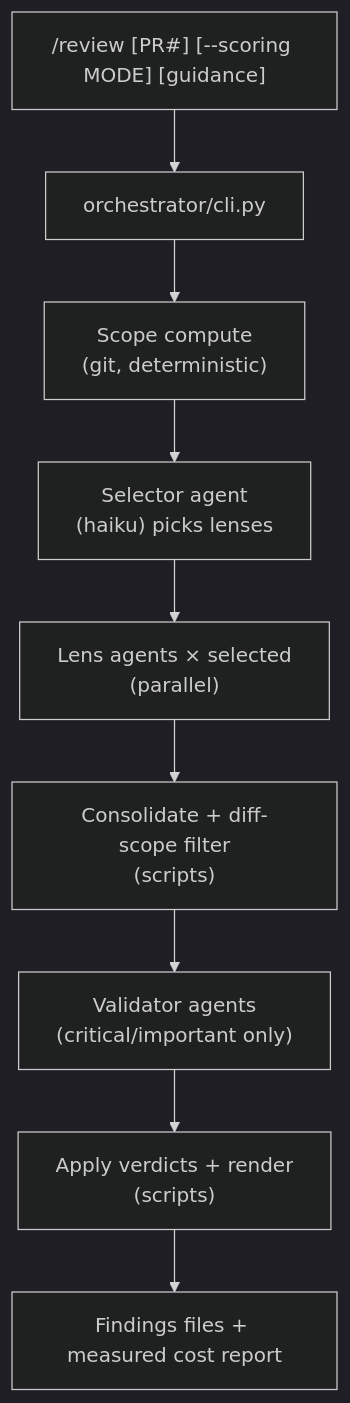
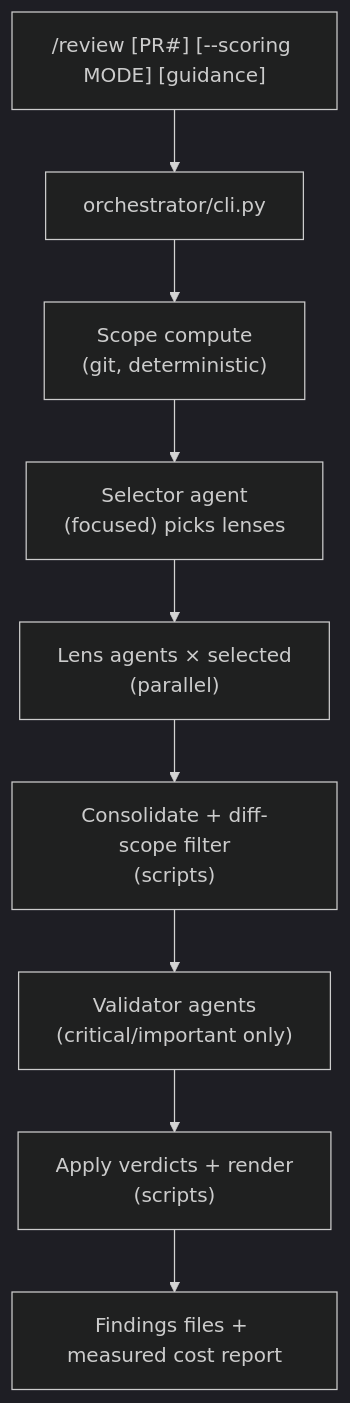
The second of 2 diagrams in README.md (jewzaam/jewzaam-reviews), drawn with Mermaid (dark theme) before and after one commit. The commit also changed other lines of this file and 24 other files, not shown here.

````diff
--- a/README.md
+++ b/README.md
@@ -97,11 +97,11 @@
 ```mermaid
 graph TD
     A["/review [PR#] [--scoring MODE] [guidance]"] --> B["orchestrator/cli.py"]
     B --> C["Scope compute<br/>(git, deterministic)"]
-    C --> D["Selector agent<br/>(haiku) picks lenses"]
+    C --> D["Selector agent<br/>(focused) picks lenses"]
     D --> E["Lens agents × selected<br/>(parallel)"]
     E --> F["Consolidate + diff-scope filter<br/>(scripts)"]
     F --> G["Validator agents<br/>(critical/important only)"]
     G --> H["Apply verdicts + render<br/>(scripts)"]
     H --> I["Findings files + measured cost report"]
 ```
````
